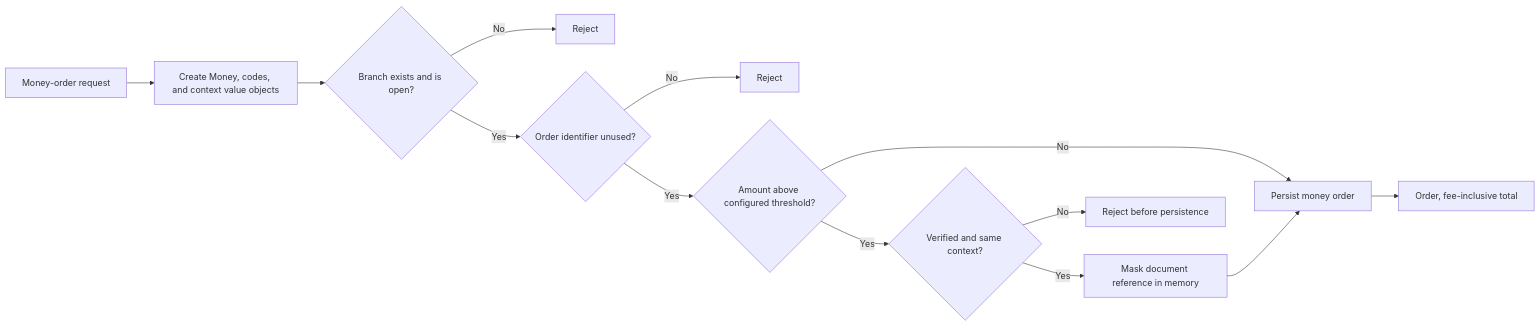
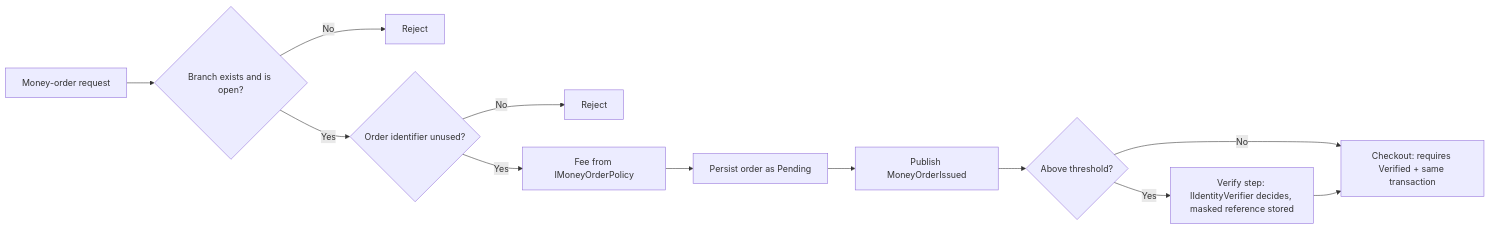
Diagram 16 of 32 in DESIGN.md (NarendraDappili/ApexPostLogisticsRepo), drawn with Mermaid before and after one commit. The commit also changed other lines of this file and 101 other files, not shown here.

````diff
--- a/DESIGN.md
+++ b/DESIGN.md
@@ -261,15 +262,14 @@
 ```mermaid
 flowchart LR
-    Input[Money-order request] --> Values[Create Money, codes, and context value objects]
-    Values --> Branch{Branch exists and is open?}
+    Input[Money-order request] --> Branch{Branch exists and is open?}
     Branch -->|No| RejectBranch[Reject]
     Branch -->|Yes| Duplicate{Order identifier unused?}
     Duplicate -->|No| RejectDuplicate[Reject]
-    Duplicate -->|Yes| Threshold{Amount above configured threshold?}
-    Threshold -->|No| Save[Persist money order]
-    Threshold -->|Yes| Verify{Verified and same context?}
-    Verify -->|No| RejectVerify[Reject before persistence]
-    Verify -->|Yes| Mask[Mask document reference in memory]
-    Mask --> Save
-    Save --> Result[Order, fee-inclusive total]
+    Duplicate -->|Yes| Fee[Fee from IMoneyOrderPolicy]
+    Fee --> Save[Persist order as Pending]
+    Save --> Issued[Publish MoneyOrderIssued]
+    Issued --> High{Above threshold?}
+    High -->|Yes| VerifyStep[Verify step: IIdentityVerifier decides, masked reference stored]
+    High -->|No| Basket
+    VerifyStep --> Basket[Checkout: requires Verified + same transaction]
 ```
````
